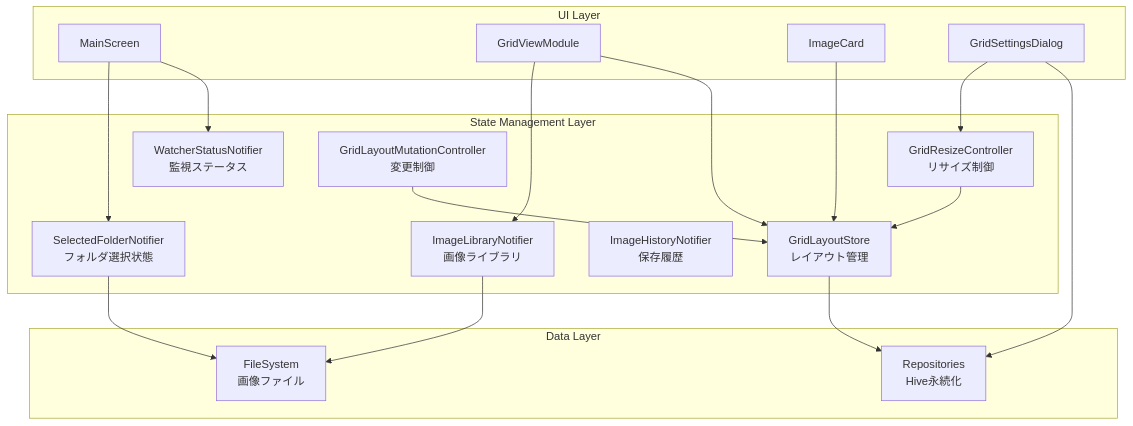
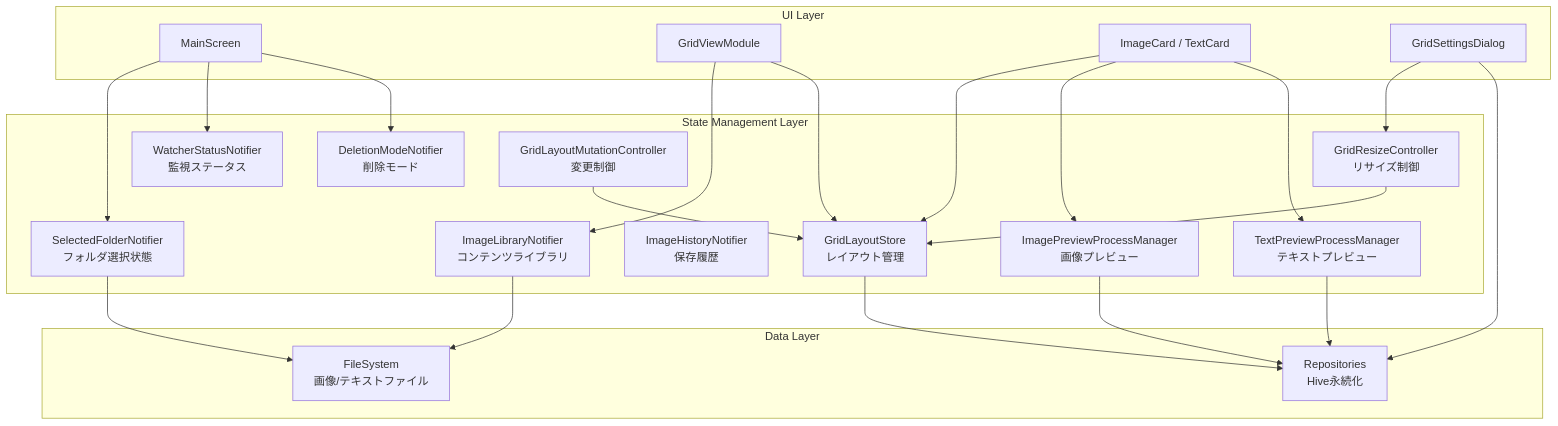
The first of 4 diagrams in docs/architecture/state_management_flow.md (lietsee/clip-pix), drawn with Mermaid before and after one commit. The commit also changed other lines of this file and 13 other files, not shown here.

````diff
--- a/docs/architecture/state_management_flow.md
+++ b/docs/architecture/state_management_flow.md
@@ -10,38 +11,46 @@
 ```mermaid
 flowchart TB
     subgraph UI["UI Layer"]
         MS[MainScreen]
         GV[GridViewModule]
-        IC[ImageCard]
+        IC[ImageCard / TextCard]
         GSD[GridSettingsDialog]
     end
 
     subgraph State["State Management Layer"]
         SFN[SelectedFolderNotifier<br>フォルダ選択状態]
         WSN[WatcherStatusNotifier<br>監視ステータス]
-        ILN[ImageLibraryNotifier<br>画像ライブラリ]
+        ILN[ImageLibraryNotifier<br>コンテンツライブラリ]
         IHN[ImageHistoryNotifier<br>保存履歴]
+        DMN[DeletionModeNotifier<br>削除モード]
         GLS[GridLayoutStore<br>レイアウト管理]
         GRC[GridResizeController<br>リサイズ制御]
         GLMC[GridLayoutMutationController<br>変更制御]
+        IPPM[ImagePreviewProcessManager<br>画像プレビュー]
+        TPPM[TextPreviewProcessManager<br>テキストプレビュー]
     end
 
     subgraph Data["Data Layer"]
         Repos[Repositories<br>Hive永続化]
-        FS[FileSystem<br>画像ファイル]
+        FS[FileSystem<br>画像/テキストファイル]
     end
 
     MS --> SFN
     MS --> WSN
+    MS --> DMN
     GV --> ILN
     GV --> GLS
     IC --> GLS
+    IC --> IPPM
+    IC --> TPPM
     GSD --> GRC
     GSD --> Repos
 
     SFN --> FS
     ILN --> FS
     GLS --> Repos
     GRC --> GLS
     GLMC --> GLS
+    IPPM --> Repos
+    TPPM --> Repos
 ```
````
